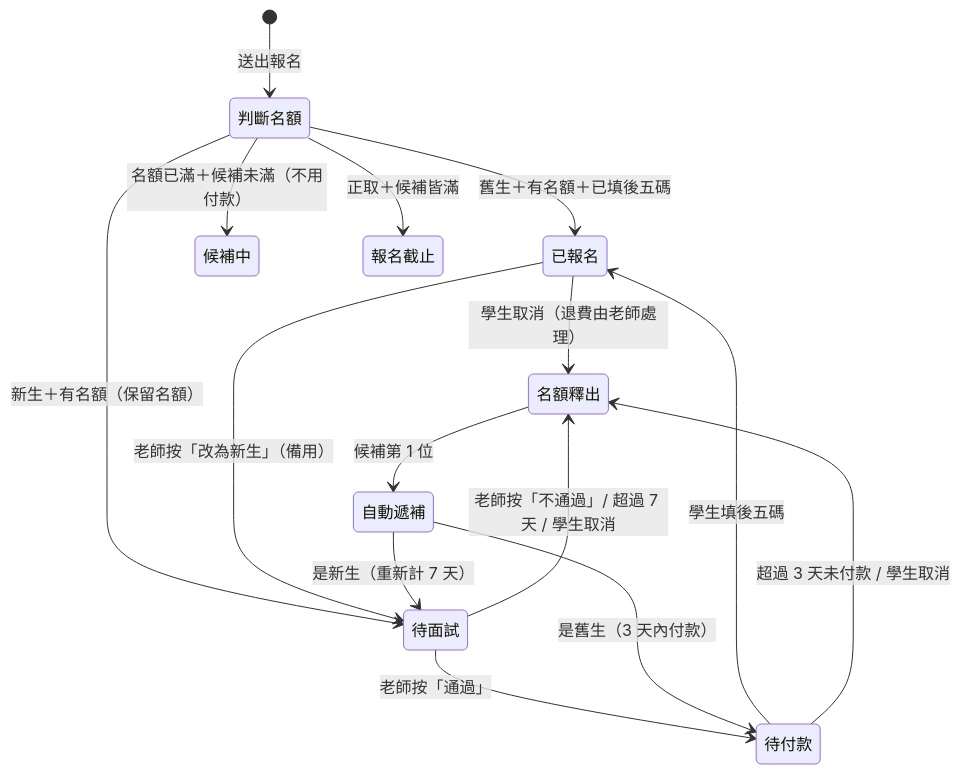
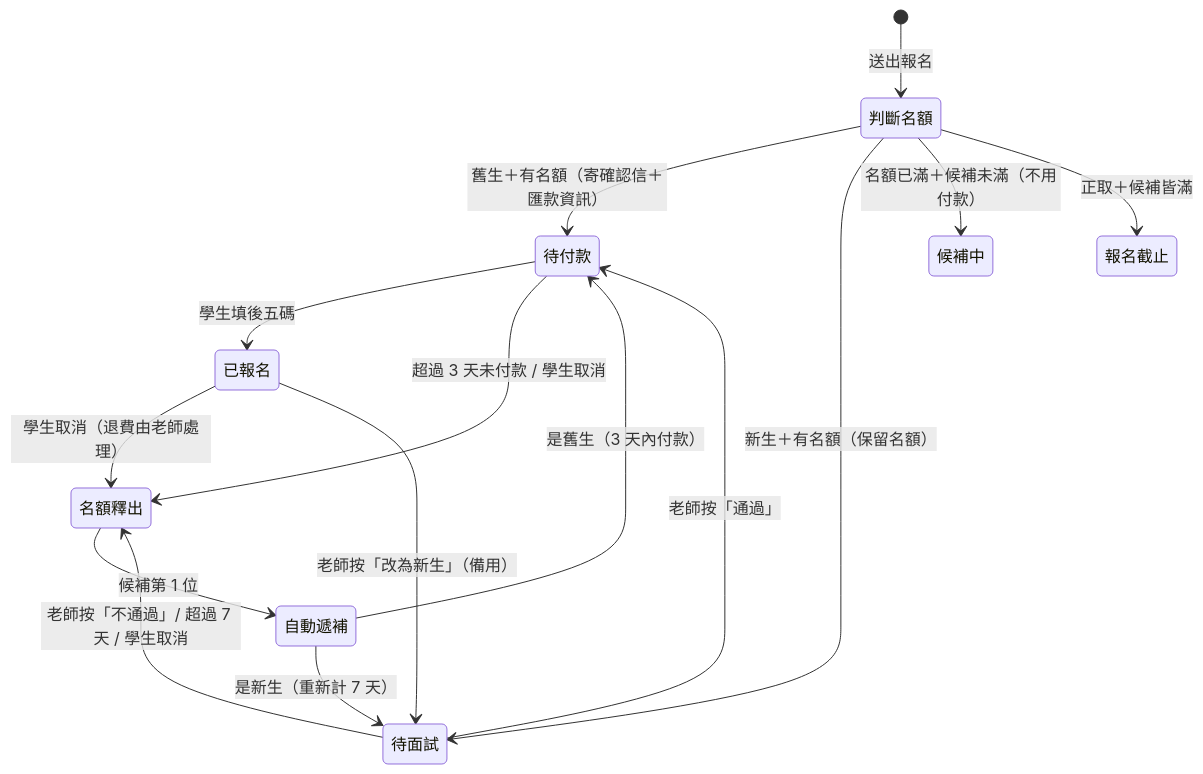
Before and after one commit to vivian8707/vivian-yoga: the diagram in docs/retreat-signup-flow.md, drawn with Mermaid. The commit also changed other lines of this file and 2 other files, not shown here.

````diff
--- a/docs/retreat-signup-flow.md
+++ b/docs/retreat-signup-flow.md
@@ -60,19 +62,19 @@
 ```mermaid
 stateDiagram-v2
     [*] --> 判斷名額: 送出報名
-    判斷名額 --> 已報名: 舊生＋有名額＋已填後五碼
+    判斷名額 --> 待付款: 舊生＋有名額（寄確認信＋匯款資訊）
     判斷名額 --> 待面試: 新生＋有名額（保留名額）
     判斷名額 --> 候補中: 名額已滿＋候補未滿（不用付款）
     判斷名額 --> 報名截止: 正取＋候補皆滿
 
     待面試 --> 待付款: 老師按「通過」
     待面試 --> 名額釋出: 老師按「不通過」/ 超過 7 天 / 學生取消
     待付款 --> 已報名: 學生填後五碼
     待付款 --> 名額釋出: 超過 3 天未付款 / 學生取消
     已報名 --> 名額釋出: 學生取消（退費由老師處理）
     已報名 --> 待面試: 老師按「改為新生」（備用）
 
     名額釋出 --> 自動遞補: 候補第 1 位
     自動遞補 --> 待付款: 是舊生（3 天內付款）
     自動遞補 --> 待面試: 是新生（重新計 7 天）
 ```
````
